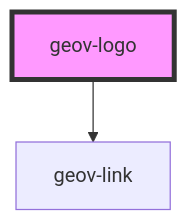
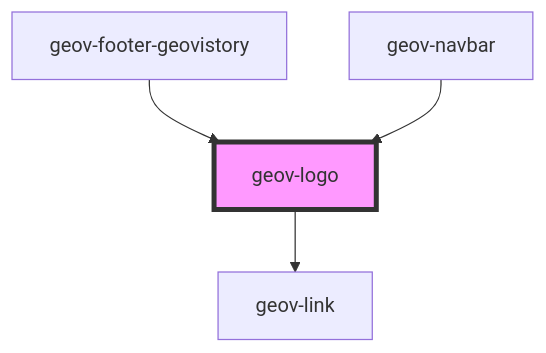
The diagram in packages/design-system-web/src/components/basic/geov-logo/readme.md (geovistory/design-system), drawn with Mermaid before and after one commit. The commit also changed other lines of this file and 67 other files, not shown here.

````diff
--- a/packages/design-system-web/src/components/basic/geov-logo/readme.md
+++ b/packages/design-system-web/src/components/basic/geov-logo/readme.md
@@ -22,5 +29,7 @@
 ```mermaid
 graph TD;
   geov-logo --> geov-link
+  geov-footer-geovistory --> geov-logo
+  geov-navbar --> geov-logo
   style geov-logo fill:#f9f,stroke:#333,stroke-width:4px
 ```
````
